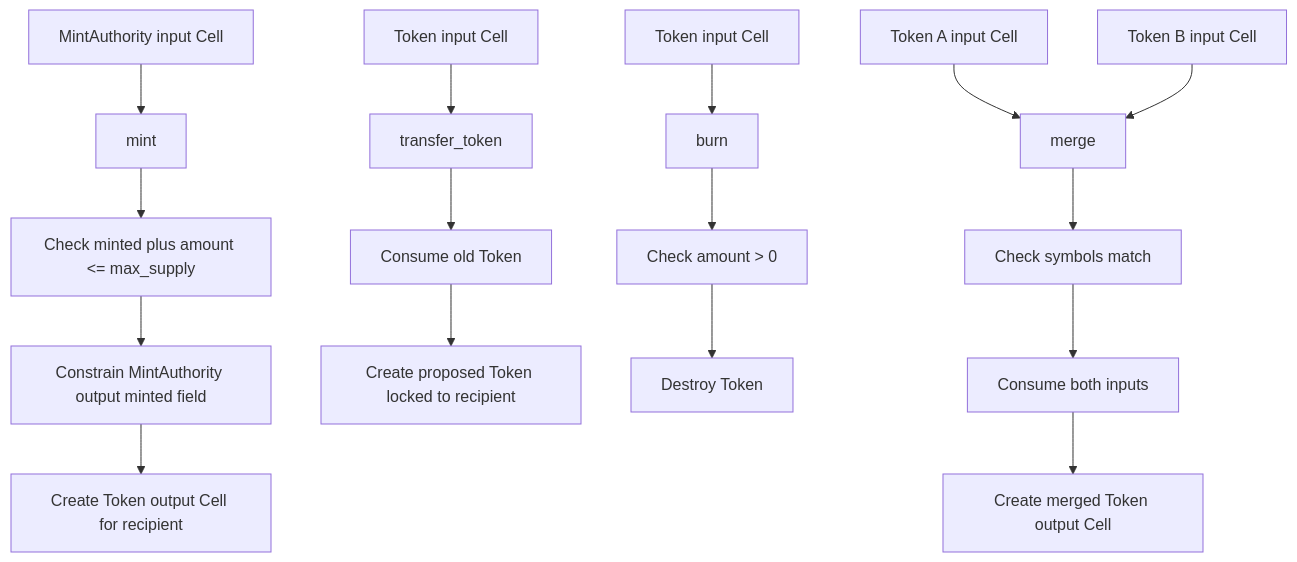
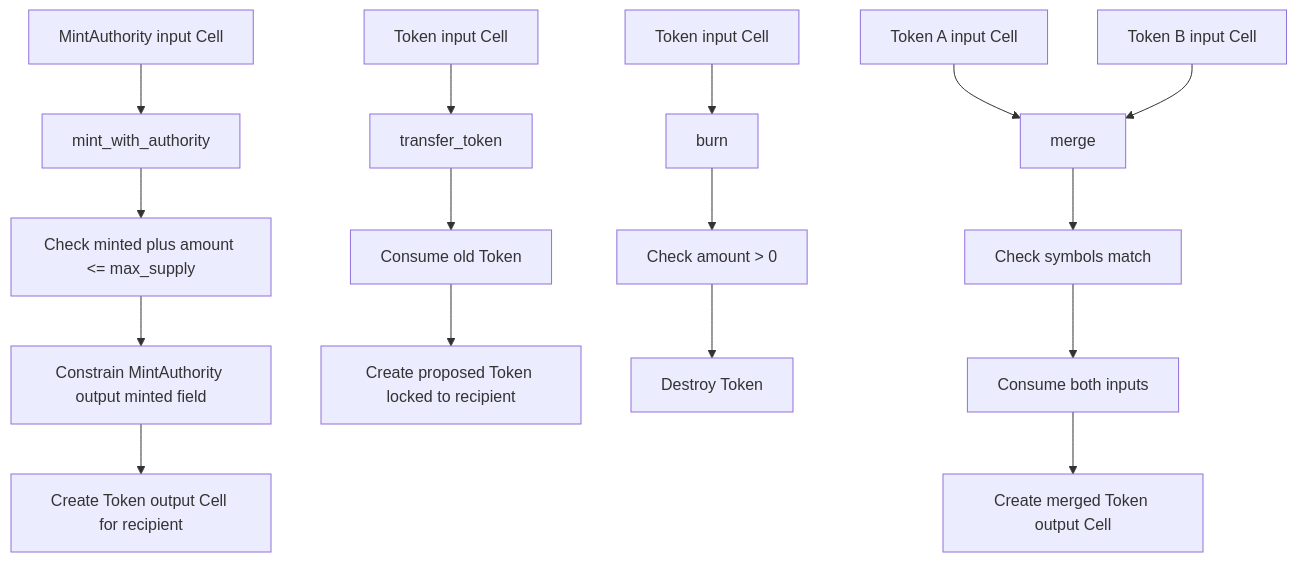
One commit to Myelin-Labs/Myelin changed the first of 12 diagrams in cellscript/docs/CELLSCRIPT_EXAMPLE_BUSINESS_FLOWS.md. Above: the diagram before and after it, drawn with Mermaid. The commit also changed other lines of this file and 320 other files, not shown here.

````diff
--- a/cellscript/docs/CELLSCRIPT_EXAMPLE_BUSINESS_FLOWS.md
+++ b/cellscript/docs/CELLSCRIPT_EXAMPLE_BUSINESS_FLOWS.md
@@ -53,21 +57,21 @@
 ```mermaid
 flowchart TD
-    A["MintAuthority input Cell"] --> B["mint"]
+    A["MintAuthority input Cell"] --> B["mint_with_authority"]
     B --> C["Check minted plus amount <= max_supply"]
     C --> D["Constrain MintAuthority output minted field"]
     D --> E["Create Token output Cell for recipient"]
 
     F["Token input Cell"] --> G["transfer_token"]
     G --> H["Consume old Token"]
     H --> I["Create proposed Token locked to recipient"]
 
     J["Token input Cell"] --> K["burn"]
     K --> L["Check amount > 0"]
     L --> M["Destroy Token"]
 
     N["Token A input Cell"] --> O["merge"]
     P["Token B input Cell"] --> O
     O --> Q["Check symbols match"]
     Q --> R["Consume both inputs"]
     R --> S["Create merged Token output Cell"]
 ```
````
